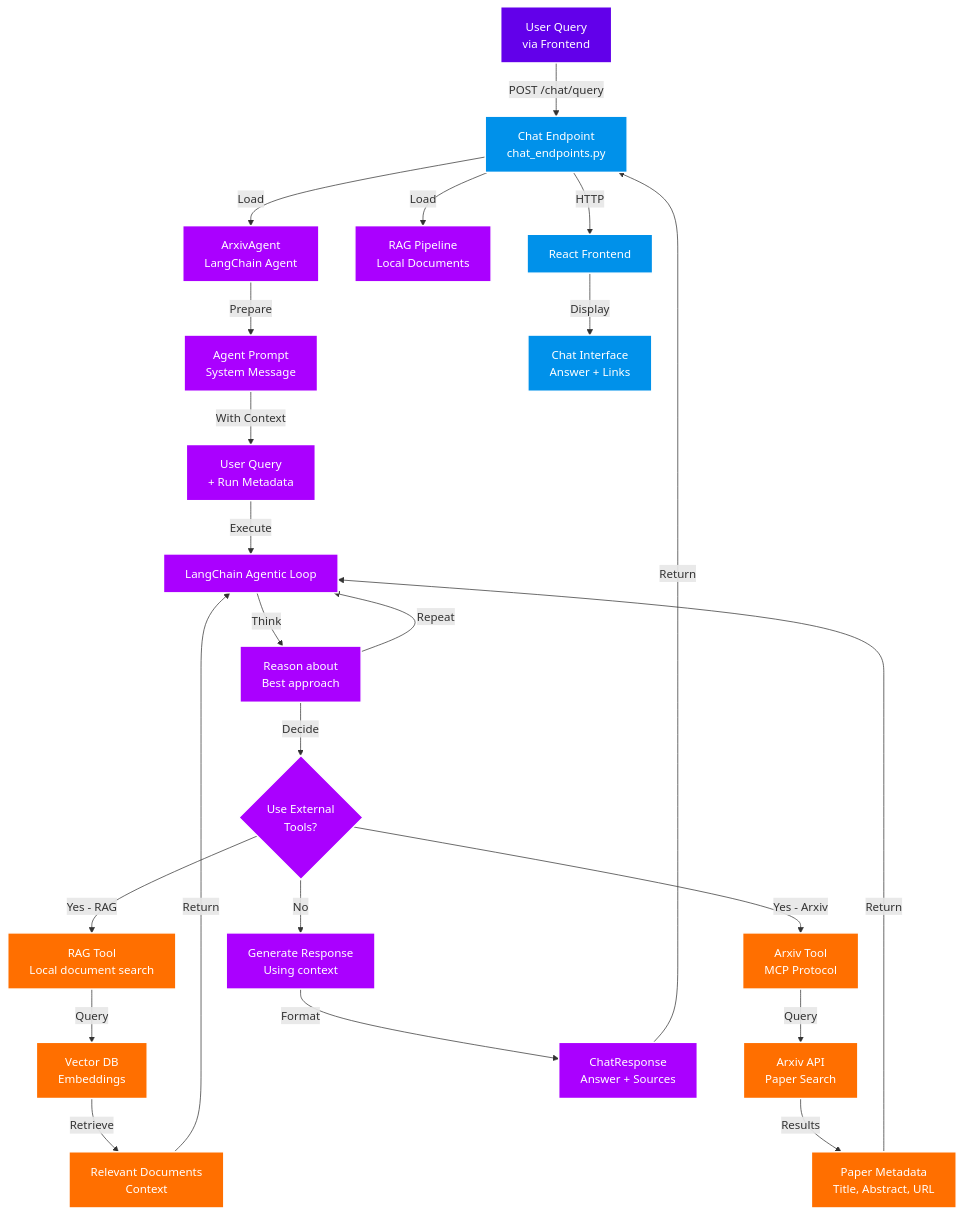
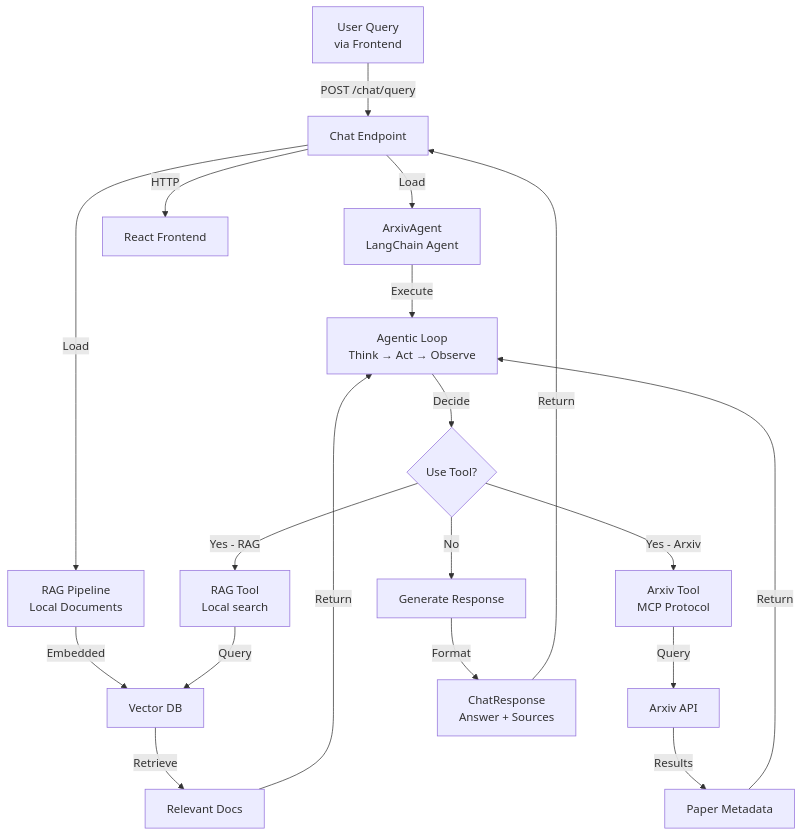
Before and after one commit to h19overflow/federated_learning: the fourth of 5 diagrams in federated_pneumonia_detection/src/control/README.md, drawn with Mermaid. The commit also changed other lines of this file and 14 other files, not shown here.

````diff
--- a/federated_pneumonia_detection/src/control/README.md
+++ b/federated_pneumonia_detection/src/control/README.md
@@ -399,43 +410,26 @@
 ```mermaid
 graph TD
-    A["User Query<br/>via Frontend"] -->|POST /chat/query| B["Chat Endpoint<br/>chat_endpoints.py"]
+    A["User Query<br/>via Frontend"] -->|POST /chat/query| B["Chat Endpoint"]
     B -->|Load| C["ArxivAgent<br/>LangChain Agent"]
     B -->|Load| D["RAG Pipeline<br/>Local Documents"]
 
-    C -->|Prepare| E["Agent Prompt<br/>System Message"]
-    E -->|With Context| F["User Query<br/>+ Run Metadata"]
+    C -->|Execute| G["Agentic Loop<br/>Think → Act → Observe"]
+    D -->|Embedded| K["Vector DB"]
 
-    F -->|Execute| G["LangChain Agentic Loop"]
-    G -->|Think| H["Reason about<br/>Best approach"]
+    G -->|Decide| I{Use Tool?}
 
-    H -->|Decide| I{Use External<br/>Tools?}
-
-    I -->|Yes - RAG| J["RAG Tool<br/>Local document search"]
-    J -->|Query| K["Vector DB<br/>Embeddings"]
-    K -->|Retrieve| L["Relevant Documents<br/>Context"]
+    I -->|Yes - RAG| J["RAG Tool<br/>Local search"]
+    J -->|Query| K
+    K -->|Retrieve| L["Relevant Docs"]
     L -->|Return| G
 
     I -->|Yes - Arxiv| M["Arxiv Tool<br/>MCP Protocol"]
-    M -->|Query| N["Arxiv API<br/>Paper Search"]
-    N -->|Results| O["Paper Metadata<br/>Title, Abstract, URL"]
+    M -->|Query| N["Arxiv API"]
+    N -->|Results| O["Paper Metadata"]
     O -->|Return| G
 
-    I -->|No| P["Generate Response<br/>Using context"]
-
-    H -->|Repeat| G
+    I -->|No| P["Generate Response"]
     P -->|Format| Q["ChatResponse<br/>Answer + Sources"]
     Q -->|Return| B
     B -->|HTTP| R["React Frontend"]
-    R -->|Display| S["Chat Interface<br/>Answer + Links"]
-
-    %% Styling
-    classDef user fill:#6200EA,stroke:#fff,stroke-width:2px,color:#fff;
-    classDef endpoint fill:#0091EA,stroke:#fff,stroke-width:2px,color:#fff;
-    classDef logic fill:#AA00FF,stroke:#fff,stroke-width:2px,color:#fff;
-    classDef tool fill:#FF6F00,stroke:#fff,stroke-width:2px,color:#fff;
-
-    class A user;
-    class B,R,S endpoint;
-    class C,D,E,F,G,H,I,P,Q logic;
-    class J,K,L,M,N,O tool;
 ```
````
